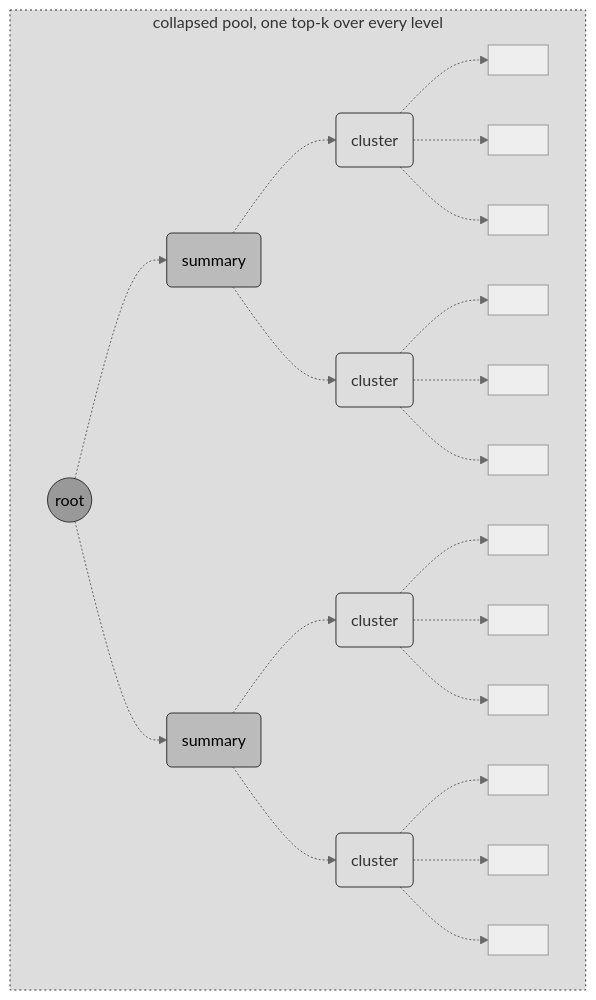
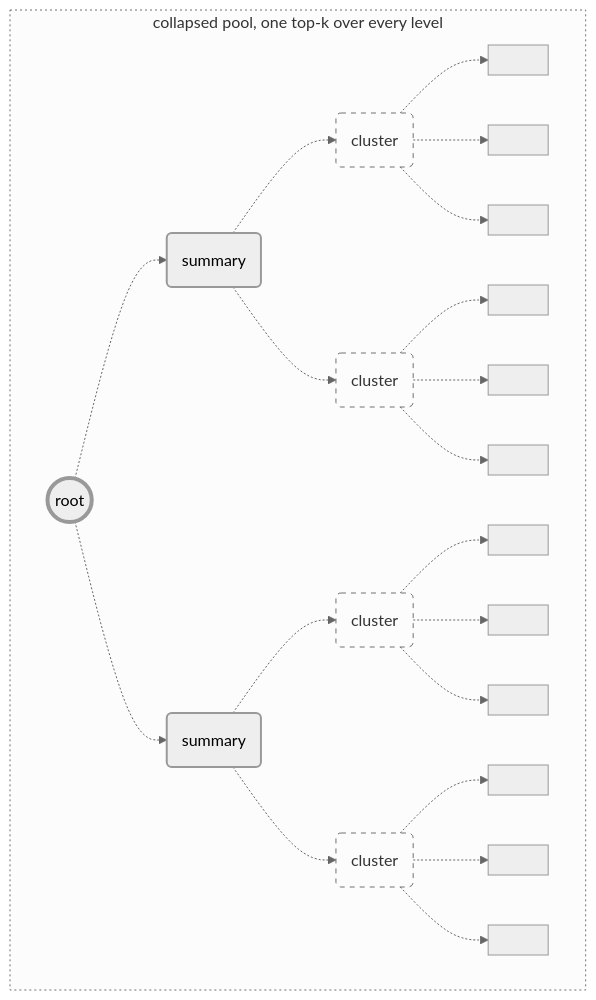
Before and after one commit to arunshar/rag-interview-chapters: the sixth of 6 diagrams in chapters/37_latency_cost_and_systems.md, drawn with Mermaid (neutral theme). The commit also changed 14 other files, not shown here.

Commit message:
Fix Mermaid contrast across GitHub themes

````diff
--- a/chapters/37_latency_cost_and_systems.md
+++ b/chapters/37_latency_cost_and_systems.md
@@ -793,20 +793,20 @@
 ```mermaid
 flowchart TB
   subgraph CP["collapsed pool, one top-k over every level"]
     R(("root"))
     R -.-> S1("summary") & S2("summary")
     S1 -.-> C1("cluster") & C2("cluster")
     S2 -.-> C3("cluster") & C4("cluster")
     C1 -.-> L1[" "] & L2[" "] & L3[" "]
     C2 -.-> L4[" "] & L5[" "] & L6[" "]
     C3 -.-> L7[" "] & L8[" "] & L9[" "]
     C4 -.-> L10[" "] & L11[" "] & L12[" "]
   end
   style CP stroke-dasharray: 2 3
-  classDef root fill:#999,stroke:#333
-  classDef summary fill:#bbb,stroke:#333
-  classDef cluster fill:#ddd,stroke:#333
+  classDef root stroke-width:4px
+  classDef summary stroke-width:2px
+  classDef cluster stroke-width:1px,stroke-dasharray:5 5
   class R root
   class S1,S2 summary
   class C1,C2,C3,C4 cluster
 ```
````
